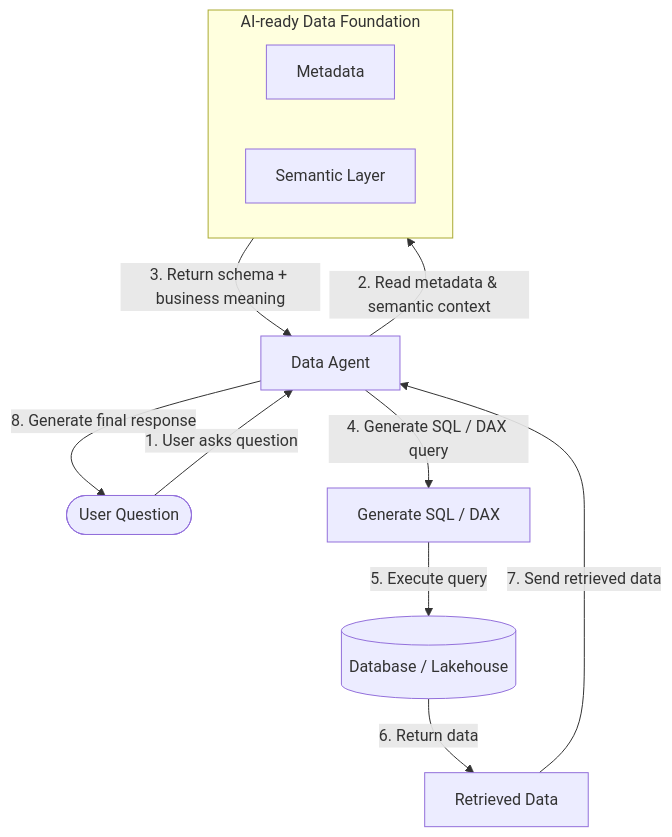
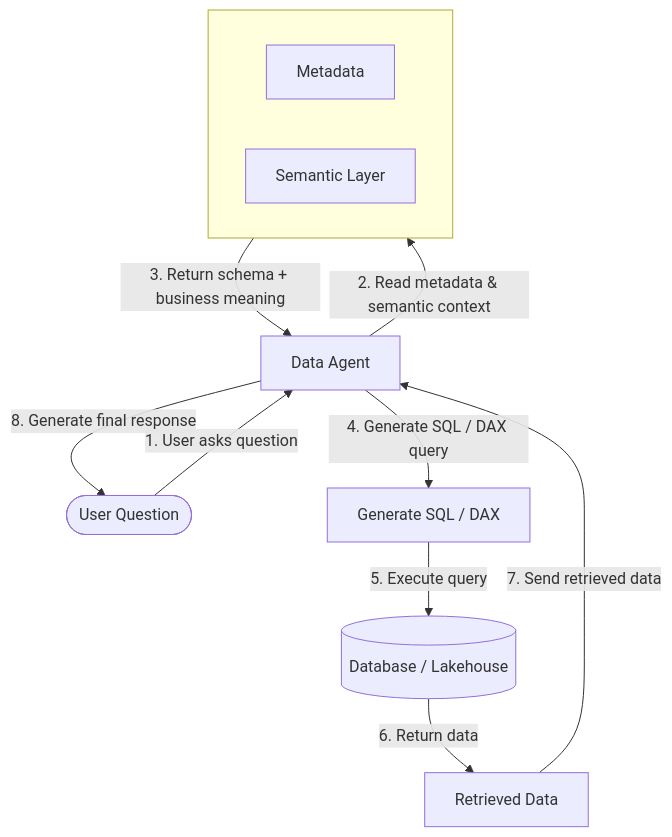
One commit to Paxx2303/DE_Platform changed the diagram in day_02/suggest_workflow_v1.md. Above: the diagram before and after it, drawn with Mermaid.

Commit message:
rename workflow diagram

````diff
--- a/day_02/suggest_workflow_v1.md
+++ b/day_02/suggest_workflow_v1.md
@@ -1,33 +1,33 @@
 ```mermaid
 flowchart TD
 
     U([User Question])
 
-    subgraph F[AI-ready Data Foundation]
+    subgraph F[ ]
         M[Metadata]
         S[Semantic Layer]
     end
 
     A[Data Agent]
 
     Q[Generate SQL / DAX]
 
     D[(Database / Lakehouse)]
 
     R[Retrieved Data]
 
     U -->|1. User asks question| A
 
     A -->|2. Read metadata & semantic context| F
     F -->|3. Return schema + business meaning| A
 
     A -->|4. Generate SQL / DAX query| Q
 
     Q -->|5. Execute query| D
 
     D -->|6. Return data| R
 
     R -->|7. Send retrieved data| A
 
     A -->|8. Generate final response| U
 ```
````
